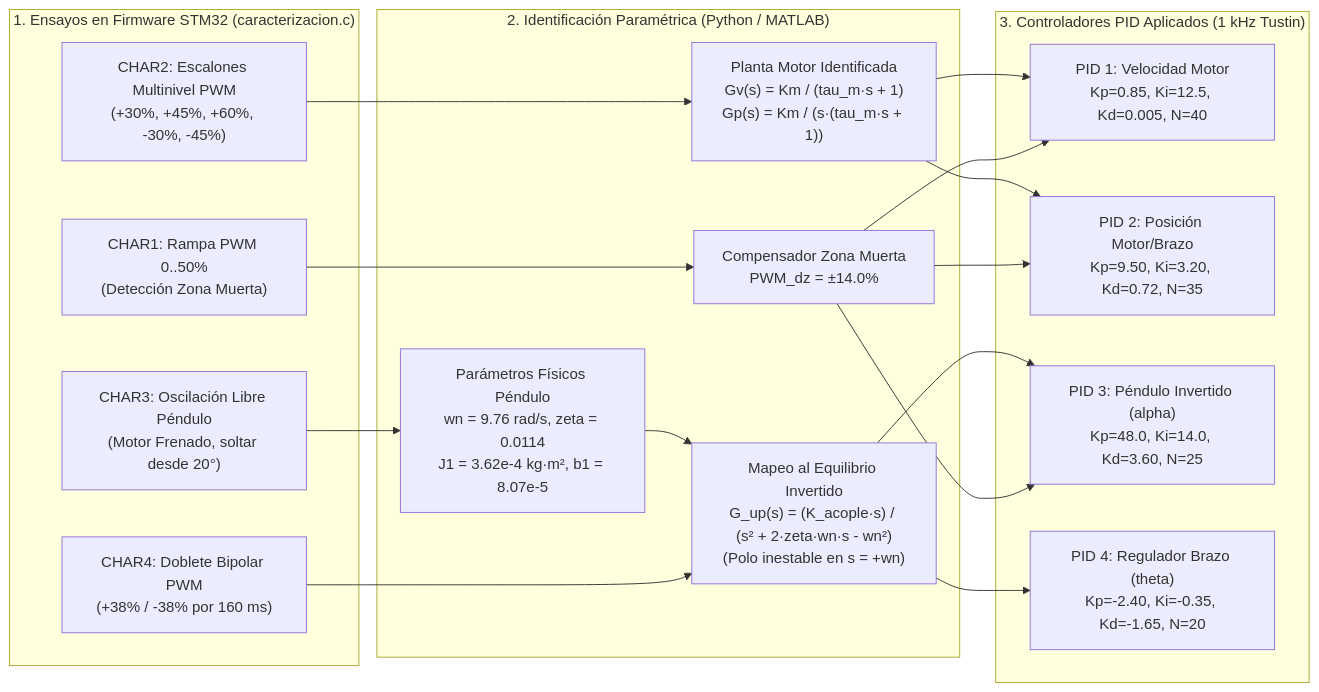
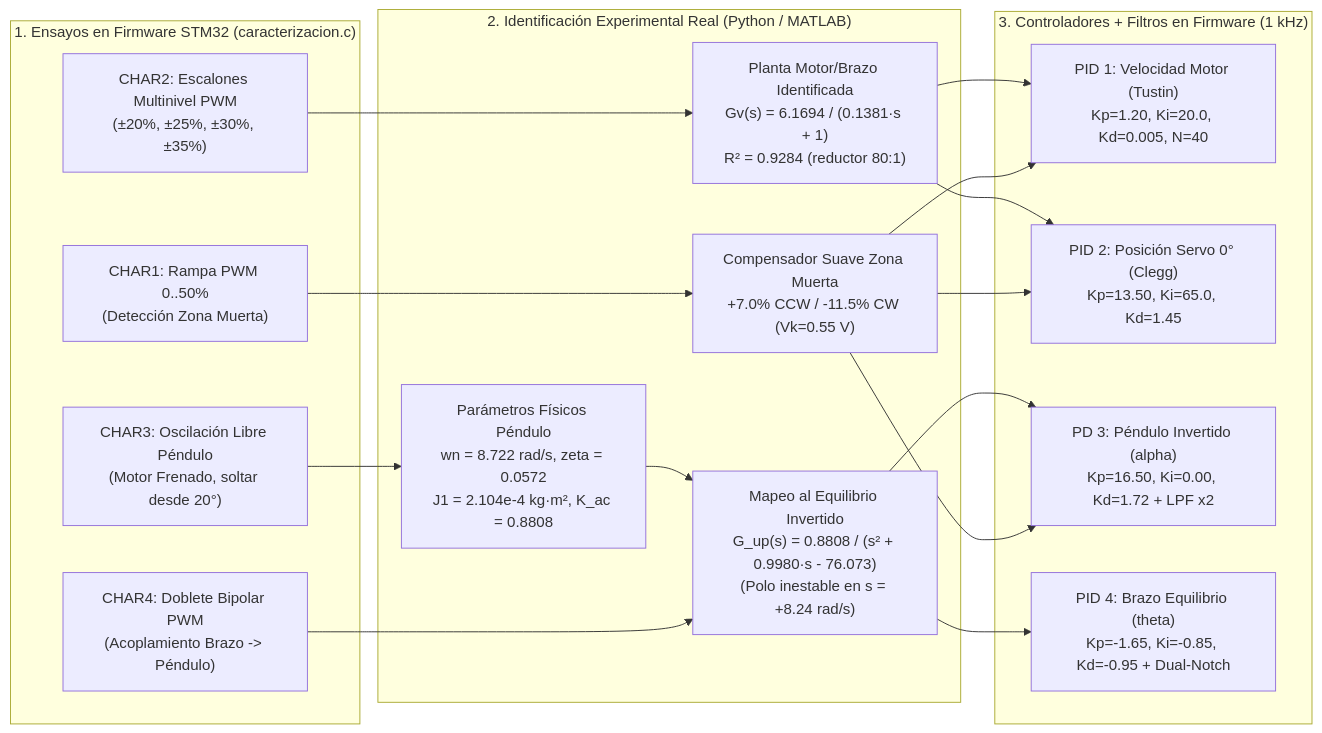
Before and after one commit to Nocudo/Pendulo-Furuta-Control-Digital: the second of 3 diagrams in docs/ARQUITECTURA_PINES_Y_CODIGO_STM32_PID.md, drawn with Mermaid. The commit also changed other lines of this file and 32 other files, not shown here.

````diff
--- a/docs/ARQUITECTURA_PINES_Y_CODIGO_STM32_PID.md
+++ b/docs/ARQUITECTURA_PINES_Y_CODIGO_STM32_PID.md
@@ -174,32 +175,32 @@
 ```mermaid
 flowchart LR
     subgraph STM32_EXP ["1. Ensayos en Firmware STM32 (caracterizacion.c)"]
         E1["CHAR1: Rampa PWM 0..50%<br/>(Detección Zona Muerta)"]
-        E2["CHAR2: Escalones Multinivel PWM<br/>(+30%, +45%, +60%, -30%, -45%)"]
+        E2["CHAR2: Escalones Multinivel PWM<br/>(±20%, ±25%, ±30%, ±35%)"]
         E3["CHAR3: Oscilación Libre Péndulo<br/>(Motor Frenado, soltar desde 20°)"]
-        E4["CHAR4: Doblete Bipolar PWM<br/>(+38% / -38% por 160 ms)"]
+        E4["CHAR4: Doblete Bipolar PWM<br/>(Acoplamiento Brazo -> Péndulo)"]
     end
 
-    subgraph ID_MODEL ["2. Identificación Paramétrica (Python / MATLAB)"]
-        M_DZ["Compensador Zona Muerta<br/>PWM_dz = ±14.0%"]
-        M_MOT["Planta Motor Identificada<br/>Gv(s) = Km / (tau_m·s + 1)<br/>Gp(s) = Km / (s·(tau_m·s + 1))"]
-        M_PEND["Parámetros Físicos Péndulo<br/>wn = 9.76 rad/s, zeta = 0.0114<br/>J1 = 3.62e-4 kg·m², b1 = 8.07e-5"]
-        M_INV["Mapeo al Equilibrio Invertido<br/>G_up(s) = (K_acople·s) / (s² + 2·zeta·wn·s - wn²)<br/>(Polo inestable en s = +wn)"]
+    subgraph ID_MODEL ["2. Identificación Experimental Real (Python / MATLAB)"]
+        M_DZ["Compensador Suave Zona Muerta<br/>+7.0% CCW / -11.5% CW (Vk=0.55 V)"]
+        M_MOT["Planta Motor/Brazo Identificada<br/>Gv(s) = 6.1694 / (0.1381·s + 1)<br/>R² = 0.9284 (reductor 80:1)"]
+        M_PEND["Parámetros Físicos Péndulo<br/>wn = 8.722 rad/s, zeta = 0.0572<br/>J1 = 2.104e-4 kg·m², K_ac = 0.8808"]
+        M_INV["Mapeo al Equilibrio Invertido<br/>G_up(s) = 0.8808 / (s² + 0.9980·s - 76.073)<br/>(Polo inestable en s = +8.24 rad/s)"]
     end
 
-    subgraph PID_SYNTH ["3. Controladores PID Aplicados (1 kHz Tustin)"]
-        C1["PID 1: Velocidad Motor<br/>Kp=0.85, Ki=12.5, Kd=0.005, N=40"]
-        C2["PID 2: Posición Motor/Brazo<br/>Kp=9.50, Ki=3.20, Kd=0.72, N=35"]
-        C3["PID 3: Péndulo Invertido (alpha)<br/>Kp=48.0, Ki=14.0, Kd=3.60, N=25"]
-        C4["PID 4: Regulador Brazo (theta)<br/>Kp=-2.40, Ki=-0.35, Kd=-1.65, N=20"]
+    subgraph PID_SYNTH ["3. Controladores + Filtros en Firmware (1 kHz)"]
+        C1["PID 1: Velocidad Motor (Tustin)<br/>Kp=1.20, Ki=20.0, Kd=0.005, N=40"]
+        C2["PID 2: Posición Servo 0° (Clegg)<br/>Kp=13.50, Ki=65.0, Kd=1.45"]
+        C3["PD 3: Péndulo Invertido (alpha)<br/>Kp=16.50, Ki=0.00, Kd=1.72 + LPF x2"]
+        C4["PID 4: Brazo Equilibrio (theta)<br/>Kp=-1.65, Ki=-0.85, Kd=-0.95 + Dual-Notch"]
     end
 
     E1 --> M_DZ
     E2 --> M_MOT
     E3 --> M_PEND
     E4 --> M_INV
     M_PEND --> M_INV
     M_DZ --> C1 & C2 & C3
     M_MOT --> C1 & C2
     M_INV --> C3 & C4
 ```
````
